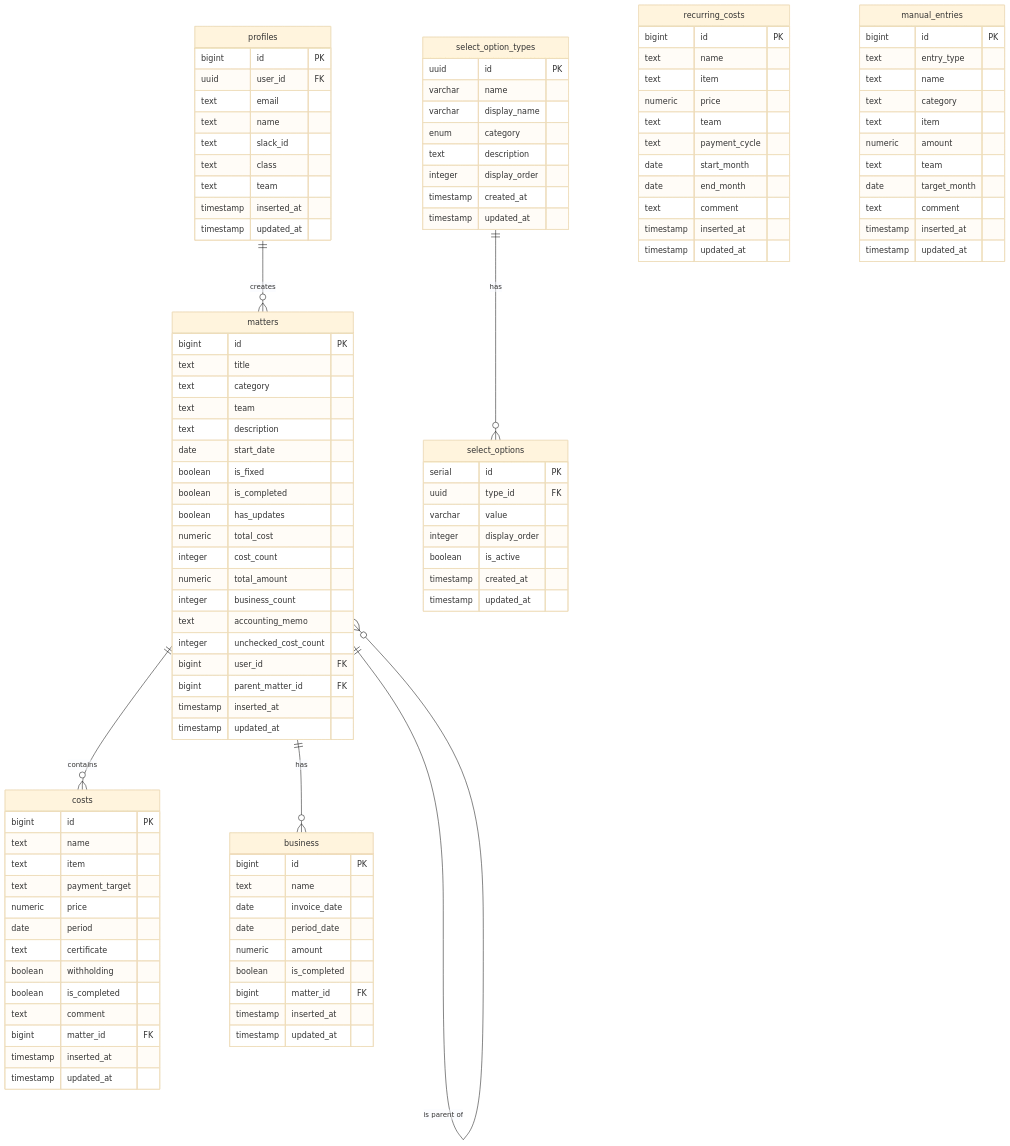
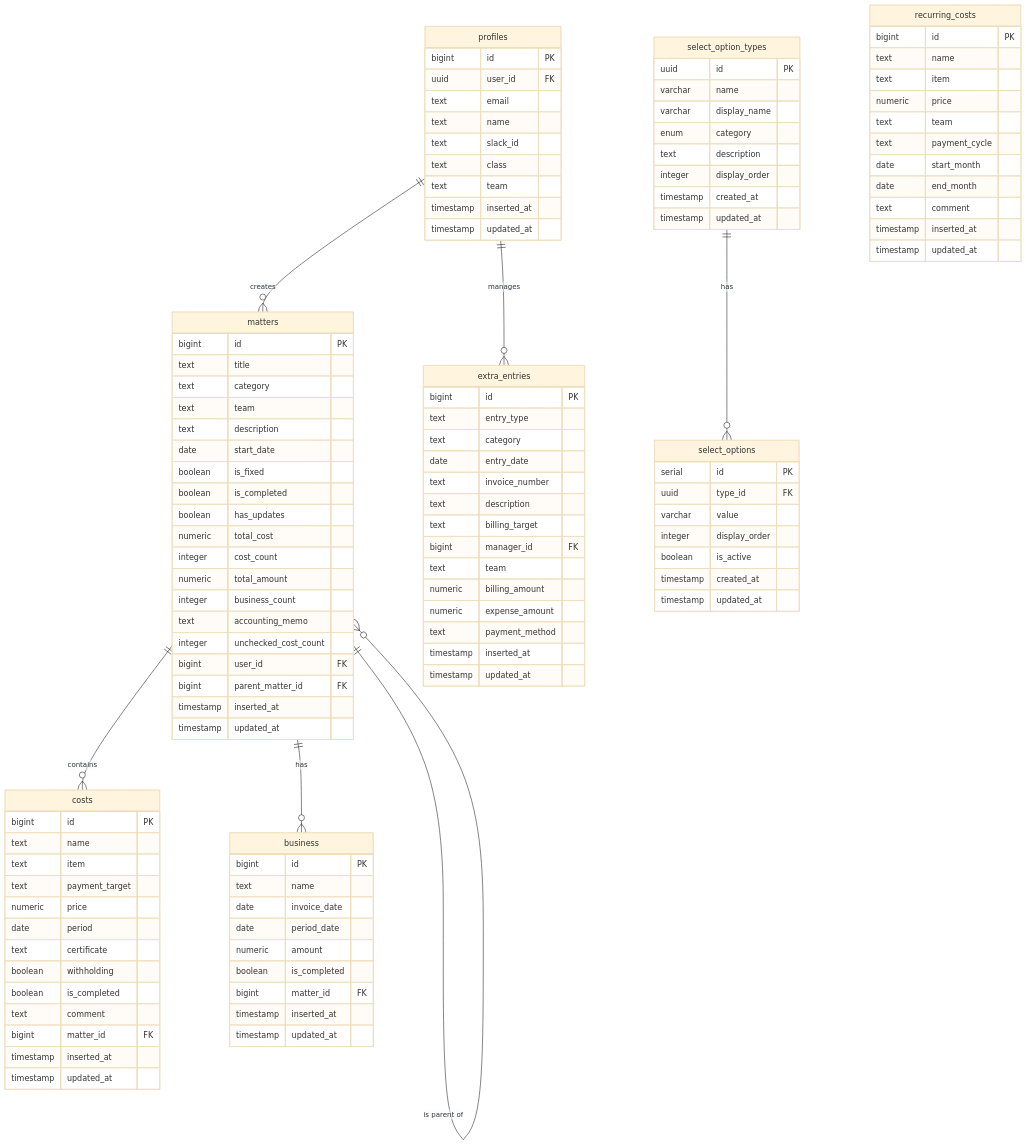
Before and after one commit to Singuralitylabs/accounting-system: the diagram in docs/database.md, drawn with Mermaid (base theme). The commit also changed other lines of this file and 23 other files, not shown here.

````diff
--- a/docs/database.md
+++ b/docs/database.md
@@ -798,6 +804,7 @@
 ```mermaid
 erDiagram
     profiles ||--o{ matters : "creates"
+    profiles ||--o{ extra_entries : "manages"
     matters ||--o{ costs : "contains"
     matters ||--o{ business : "has"
     matters ||--o{ matters : "is parent of"
@@ -900,16 +907,19 @@
         timestamp updated_at
     }
 
-    manual_entries {
+    extra_entries {
         bigint id PK
         text entry_type
-        text name
         text category
-        text item
-        numeric amount
+        date entry_date
+        text invoice_number
+        text description
+        text billing_target
+        bigint manager_id FK
         text team
-        date target_month
-        text comment
+        numeric billing_amount
+        numeric expense_amount
+        text payment_method
         timestamp inserted_at
         timestamp updated_at
     }
````
